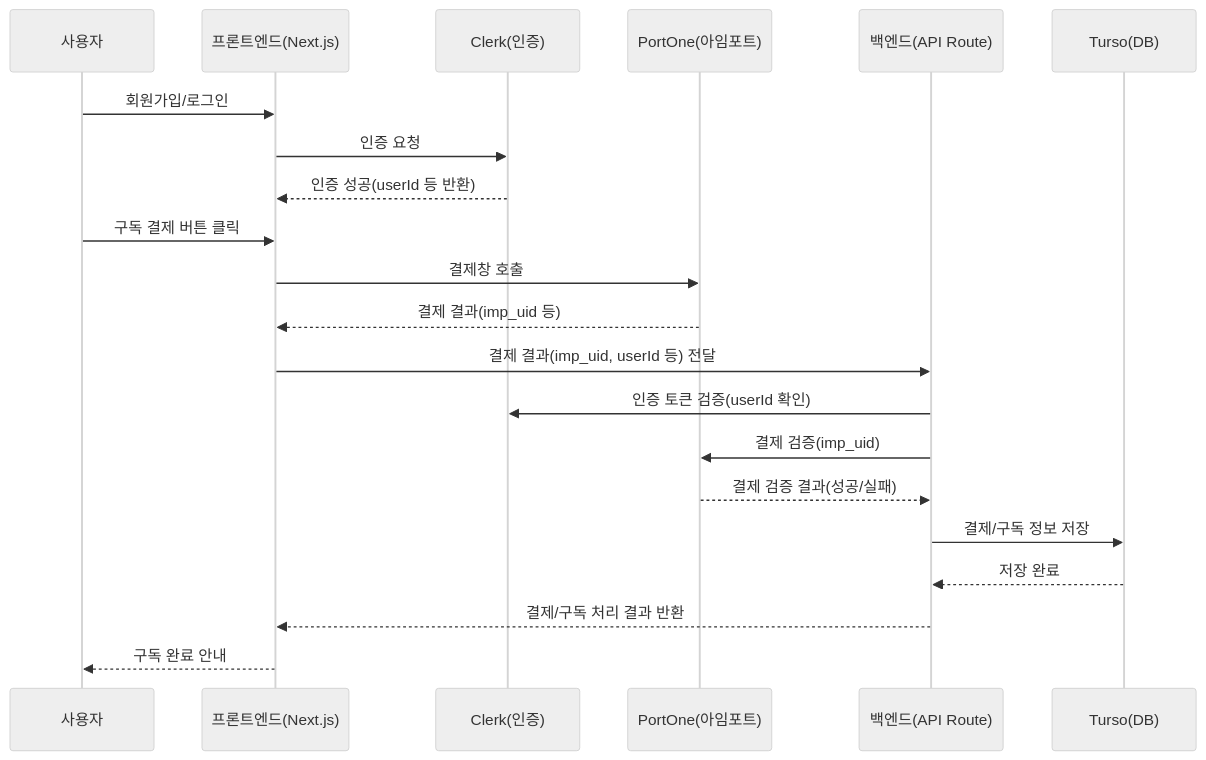
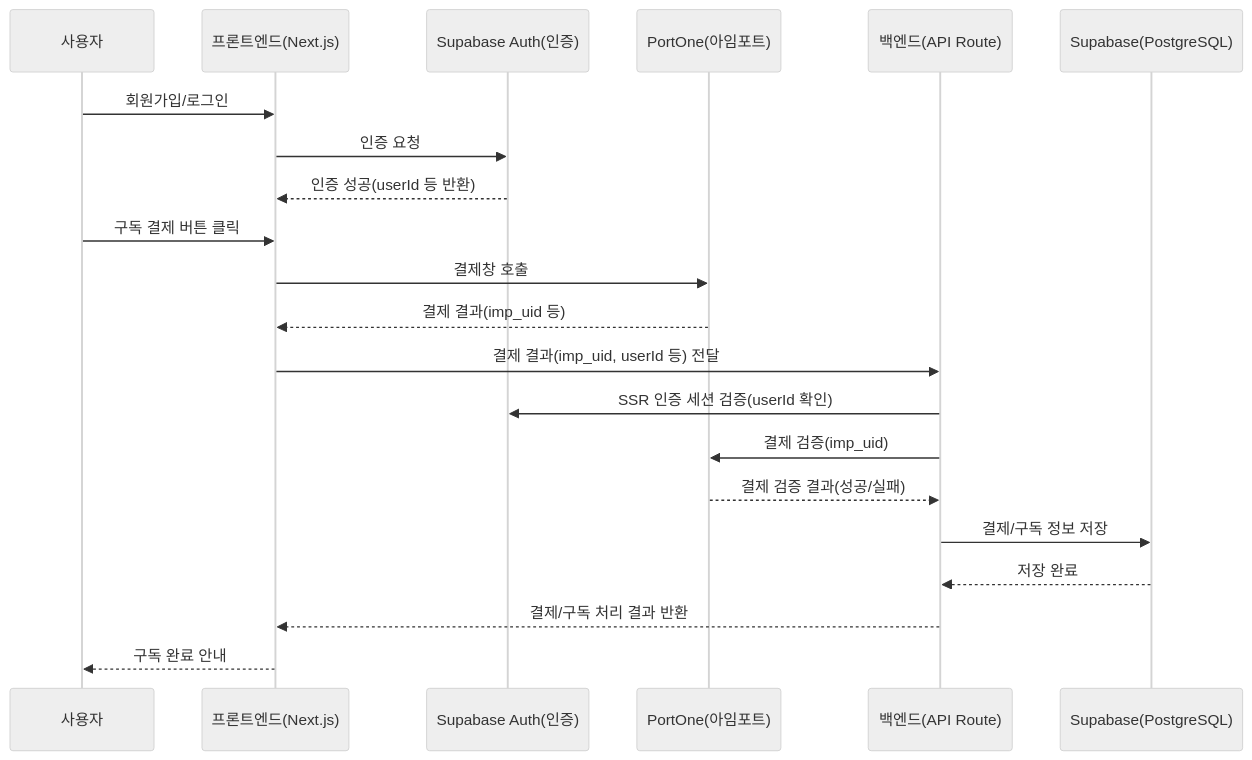
One commit to UrazilLand/phone8ez changed the third of 3 diagrams in docs/spec_prompt.md. Above: the diagram before and after it, drawn with Mermaid (neutral theme). The commit also changed other lines of this file, not shown here.

Commit message:
docs: Supabase(PostgreSQL/Storage) 기반 프롬프트 최신화 및 오타/불일치 제거

````diff
--- a/docs/spec_prompt.md
+++ b/docs/spec_prompt.md
@@ -612,24 +530,24 @@
 ```mermaid
 sequenceDiagram
   participant User as 사용자
   participant FE as 프론트엔드(Next.js)
-  participant Clerk as Clerk(인증)
+  participant Supabase as Supabase Auth(인증)
   participant PortOne as PortOne(아임포트)
   participant BE as 백엔드(API Route)
-  participant Turso as Turso(DB)
+  participant SupabaseDB as Supabase(PostgreSQL)
 
   User->>FE: 회원가입/로그인
-  FE->>Clerk: 인증 요청
-  Clerk-->>FE: 인증 성공(userId 등 반환)
+  FE->>Supabase: 인증 요청
+  Supabase-->>FE: 인증 성공(userId 등 반환)
   User->>FE: 구독 결제 버튼 클릭
   FE->>PortOne: 결제창 호출
   PortOne-->>FE: 결제 결과(imp_uid 등)
   FE->>BE: 결제 결과(imp_uid, userId 등) 전달
-  BE->>Clerk: 인증 토큰 검증(userId 확인)
+  BE->>Supabase: SSR 인증 세션 검증(userId 확인)
   BE->>PortOne: 결제 검증(imp_uid)
   PortOne-->>BE: 결제 검증 결과(성공/실패)
-  BE->>Turso: 결제/구독 정보 저장
-  Turso-->>BE: 저장 완료
+  BE->>SupabaseDB: 결제/구독 정보 저장
+  SupabaseDB-->>BE: 저장 완료
   BE-->>FE: 결제/구독 처리 결과 반환
   FE-->>User: 구독 완료 안내
 ```
````
